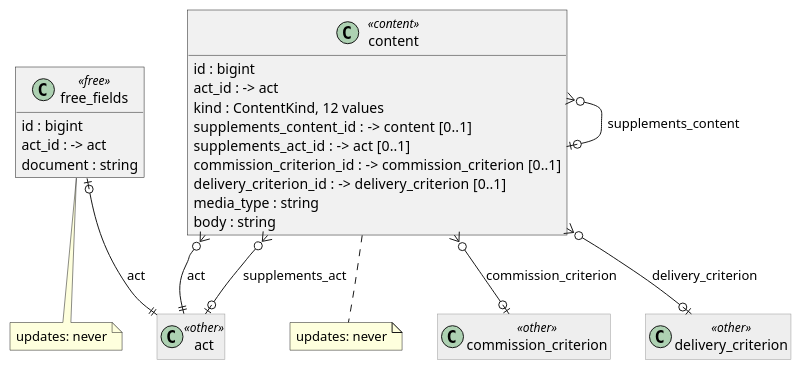
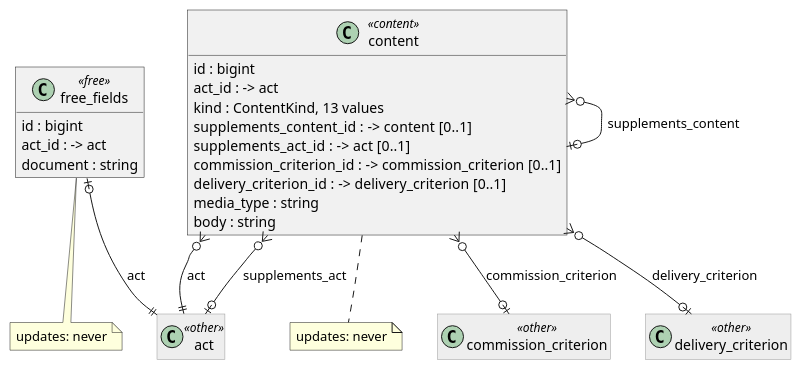
One commit to Kumbuka-ai/kumbuka-dispatch changed the diagram in docs/data-model/diagrams/09-free-fields-and-content.puml. Above: the diagram before and after it, drawn with PlantUML. The commit also changed 30 other files, not shown here.

```diff
--- a/docs/data-model/diagrams/09-free-fields-and-content.puml
+++ b/docs/data-model/diagrams/09-free-fields-and-content.puml
@@ -1,41 +1,41 @@
 @startuml 09-free-fields-and-content
 ' 09-free-fields-and-content (docs/data-model/groups/09-free-fields-and-content.md), generated from model/payload.linkml.yaml.
 ' Every table carries tenant_id and scope_id and a unique key (tenant_id, scope_id, id); every foreign
 ' key runs over tenant, scope and id (ADR-0042). Left out below. Tables of other groups are drawn grey.
 skinparam shadowing false
 skinparam roundcorner 0
 skinparam classAttributeIconSize 0
 hide methods
 hide empty members
 skinparam class<<other>> {
   BackgroundColor #EEEEEE
   BorderColor #999999
 }
 class free_fields <<free>> {
   id : bigint
   act_id : -> act
   document : string
 }
 note bottom of free_fields : updates: never
 class content <<content>> {
   id : bigint
   act_id : -> act
-  kind : ContentKind, 12 values
+  kind : ContentKind, 13 values
   supplements_content_id : -> content  [0..1]
   supplements_act_id : -> act  [0..1]
   commission_criterion_id : -> commission_criterion  [0..1]
   delivery_criterion_id : -> delivery_criterion  [0..1]
   media_type : string
   body : string
 }
 note bottom of content : updates: never
 class act <<other>>
 class commission_criterion <<other>>
 class delivery_criterion <<other>>
 free_fields |o--|| act : act
 content }o--|| act : act
 content }o--o| content : supplements_content
 content }o--o| act : supplements_act
 content }o--o| commission_criterion : commission_criterion
 content }o--o| delivery_criterion : delivery_criterion
 @enduml
```
